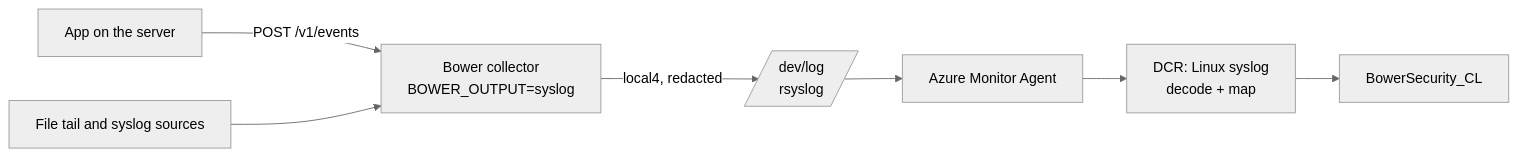
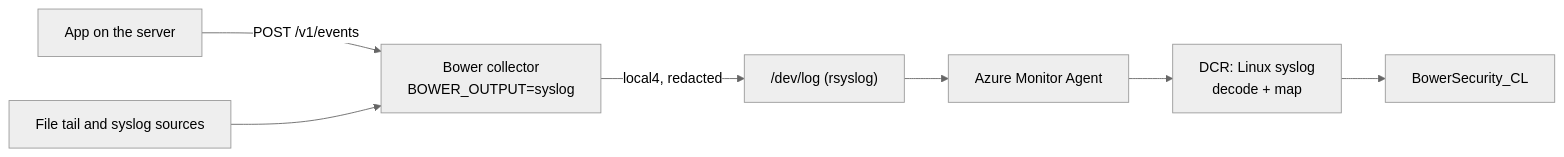
Before and after one commit to jusso-dev/Bower: the diagram in docs/getting-started/azure-monitor-agent.md, drawn with Mermaid (neutral theme). The commit also changed 6 other files, not shown here.

````diff
--- a/docs/getting-started/azure-monitor-agent.md
+++ b/docs/getting-started/azure-monitor-agent.md
@@ -9,7 +9,7 @@
 ```mermaid
 flowchart LR
     APP[App on the server] -->|POST /v1/events| B[Bower collector<br/>BOWER_OUTPUT=syslog]
     SRC[File tail and syslog sources] --> B
-    B -->|local4, redacted| L[/dev/log<br/>rsyslog/]
+    B -->|local4, redacted| L["/dev/log (rsyslog)"]
     L --> AMA[Azure Monitor Agent] --> DCR[DCR: Linux syslog<br/>decode + map] --> S[BowerSecurity_CL]
 ```
````
